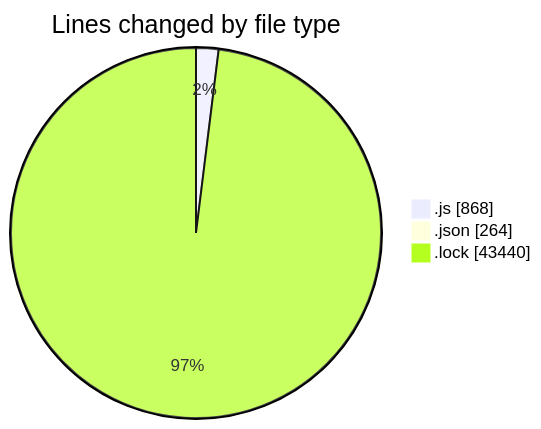
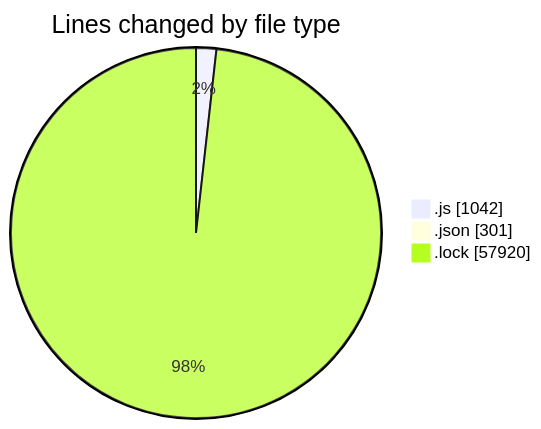
One commit to momahboobian/code-tracking changed the first of 2 diagrams in 2025-12-18/cda/README.md. Above: the diagram before and after it, drawn with Mermaid. The commit also changed other lines of this file and 1 other file, not shown here.

````diff
--- a/2025-12-18/cda/README.md
+++ b/2025-12-18/cda/README.md
@@ -36,7 +37,7 @@
 ```mermaid
 pie showData
 title Lines changed by file type
-".js" : 868
-".json" : 264
-".lock" : 43440
+".js" : 1042
+".json" : 301
+".lock" : 57920
 ```
````
